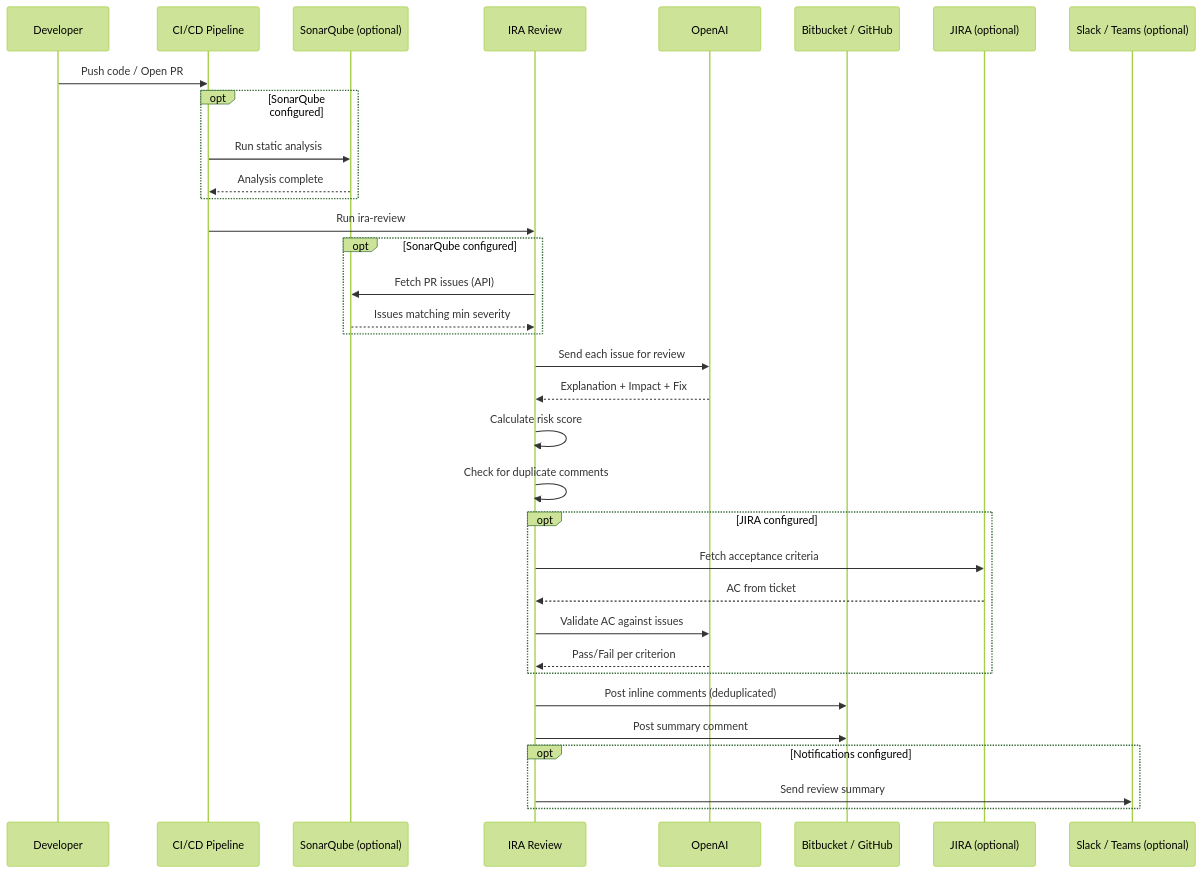
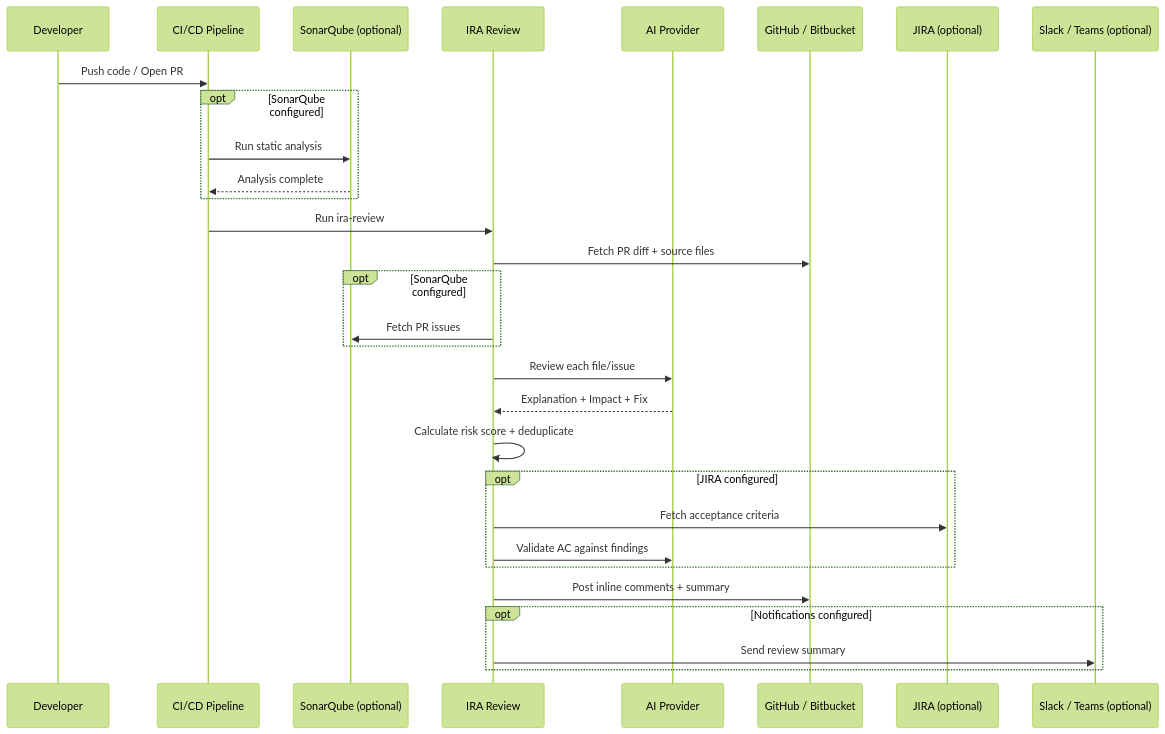
Before and after one commit to patilmayur5572/ira-review: the diagram in README.md, drawn with Mermaid (forest theme). The commit also changed other lines of this file and 35 other files, not shown here.

````diff
--- a/README.md
+++ b/README.md
@@ -131,37 +290,33 @@
 ```mermaid
 sequenceDiagram
     participant Dev as Developer
     participant CI as CI/CD Pipeline
     participant Sonar as SonarQube (optional)
     participant IRA as IRA Review
-    participant AI as OpenAI
-    participant SCM as Bitbucket / GitHub
+    participant AI as AI Provider
+    participant SCM as GitHub / Bitbucket
     participant JIRA as JIRA (optional)
     participant Notify as Slack / Teams (optional)
 
     Dev->>CI: Push code / Open PR
     opt SonarQube configured
         CI->>Sonar: Run static analysis
         Sonar-->>CI: Analysis complete
     end
     CI->>IRA: Run ira-review
+    IRA->>SCM: Fetch PR diff + source files
     opt SonarQube configured
-        IRA->>Sonar: Fetch PR issues (API)
-        Sonar-->>IRA: Issues matching min severity
+        IRA->>Sonar: Fetch PR issues
     end
-    IRA->>AI: Send each issue for review
+    IRA->>AI: Review each file/issue
     AI-->>IRA: Explanation + Impact + Fix
-    IRA->>IRA: Calculate risk score
-    IRA->>IRA: Check for duplicate comments
+    IRA->>IRA: Calculate risk score + deduplicate
     opt JIRA configured
         IRA->>JIRA: Fetch acceptance criteria
-        JIRA-->>IRA: AC from ticket
-        IRA->>AI: Validate AC against issues
-        AI-->>IRA: Pass/Fail per criterion
+        IRA->>AI: Validate AC against findings
     end
-    IRA->>SCM: Post inline comments (deduplicated)
-    IRA->>SCM: Post summary comment
+    IRA->>SCM: Post inline comments + summary
     opt Notifications configured
         IRA->>Notify: Send review summary
     end
 ```
````
